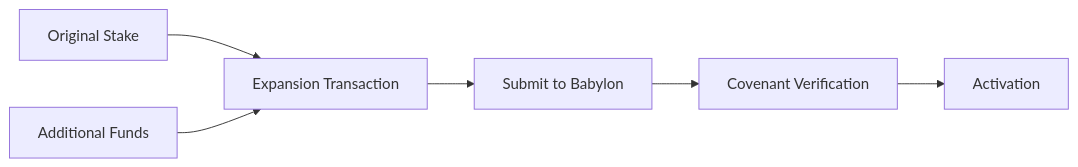
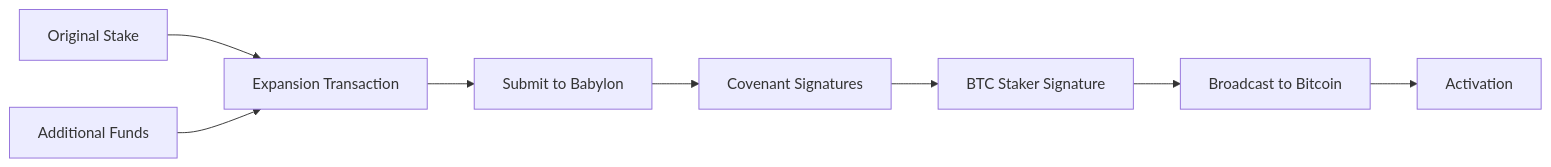
One commit to babylonlabs-io/babylon changed the first of 2 diagrams in docs/bitcoin-stake-expansion.md. Above: the diagram before and after it, drawn with Mermaid. The commit also changed other lines of this file, not shown here.

````diff
--- a/docs/bitcoin-stake-expansion.md
+++ b/docs/bitcoin-stake-expansion.md
@@ -116,8 +116,10 @@
 ```mermaid
 graph LR
     A[Original Stake] --> C[Expansion Transaction]
     B[Additional Funds] --> C
     C --> D[Submit to Babylon]
-    D --> E[Covenant Verification]
-    E --> F[Activation]
+    D --> E[Covenant Signatures]
+    E --> F[BTC Staker Signature]
+    F --> G[Broadcast to Bitcoin]
+    G --> H[Activation]
 ```
````
